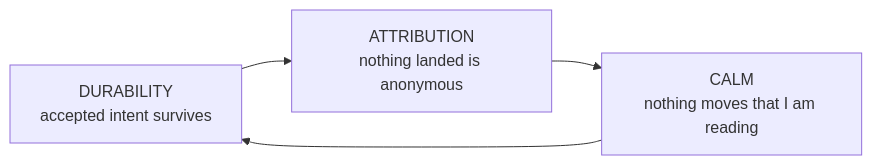
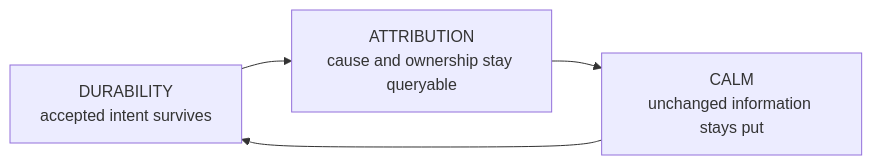
Before and after one commit to infimalabs/spice-rust: the diagram in docs/product/value.md, drawn with Mermaid. The commit also changed other lines of this file and 2 other files, not shown here.

````diff
--- a/docs/product/value.md
+++ b/docs/product/value.md
@@ -14,6 +9,6 @@
 ```mermaid
 flowchart LR
-  D["DURABILITY<br/>accepted intent survives"] --> A["ATTRIBUTION<br/>nothing landed is anonymous"]
-  A --> C["CALM<br/>nothing moves that I am reading"]
+  D["DURABILITY<br/>accepted intent survives"] --> A["ATTRIBUTION<br/>cause and ownership stay queryable"]
+  A --> C["CALM<br/>unchanged information stays put"]
   C --> D
 ```
````
